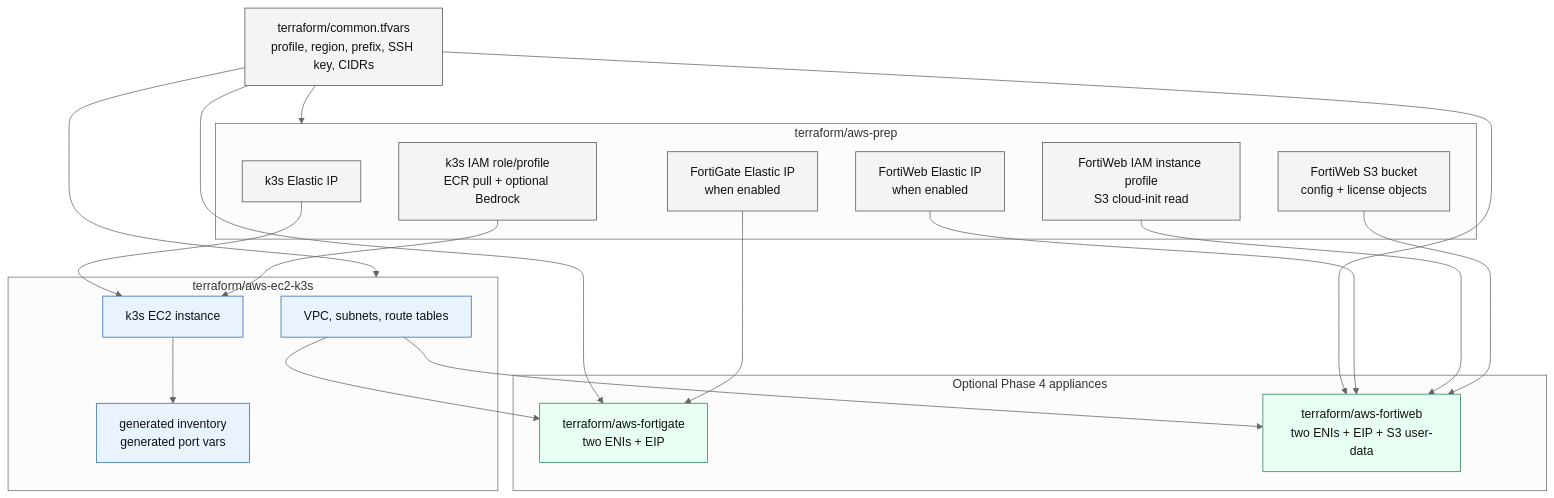
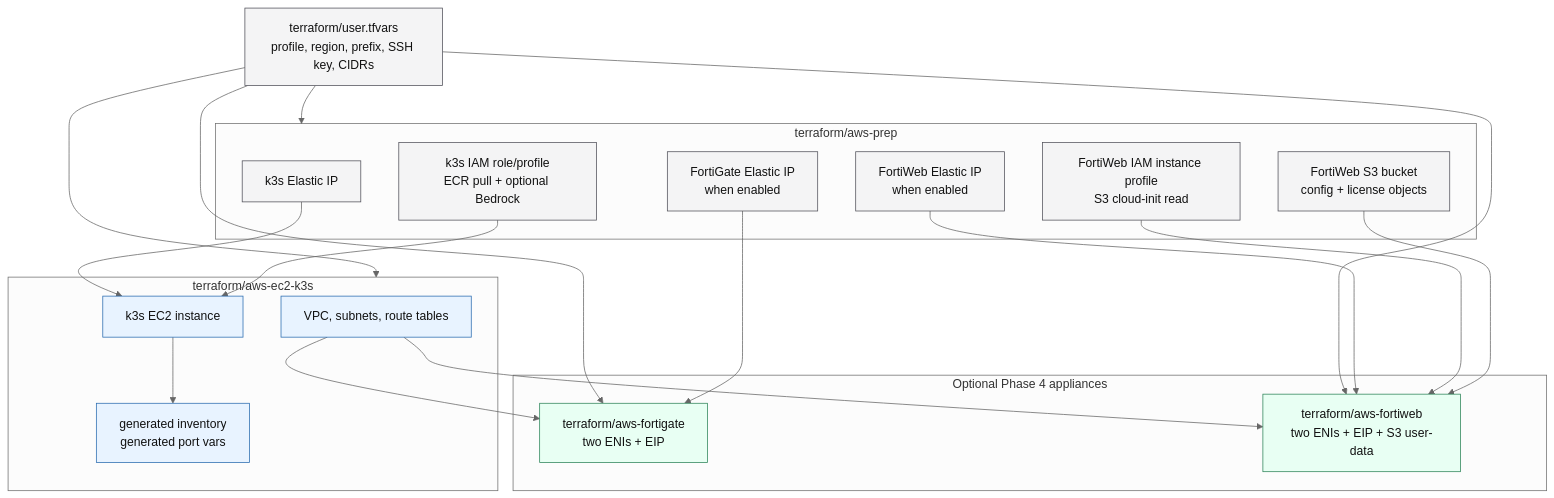
Before and after one commit to mabutterfield/fortiaigate_demo: the second of 2 diagrams in docs/vpc-layout.md, drawn with Mermaid (neutral theme). The commit also changed 47 other files, not shown here.

Commit message:
Split Terraform system and user variables

````diff
--- a/docs/vpc-layout.md
+++ b/docs/vpc-layout.md
@@ -104,47 +104,47 @@
 ```mermaid
 flowchart TB
-    Common["terraform/common.tfvars<br/>profile, region, prefix, SSH key, CIDRs"]
+    Common["terraform/user.tfvars<br/>profile, region, prefix, SSH key, CIDRs"]
 
     subgraph Prep["terraform/aws-prep"]
         K3SEIP["k3s Elastic IP"]
         FGEIP["FortiGate Elastic IP<br/>when enabled"]
         FWEIP["FortiWeb Elastic IP<br/>when enabled"]
         K3SIAM["k3s IAM role/profile<br/>ECR pull + optional Bedrock"]
         FWBIAM["FortiWeb IAM instance profile<br/>S3 cloud-init read"]
         FWBS3["FortiWeb S3 bucket<br/>config + license objects"]
     end
 
     subgraph Foundation["terraform/aws-ec2-k3s"]
         VPCModule["VPC, subnets, route tables"]
         K3SInstance["k3s EC2 instance"]
         GeneratedFiles["generated inventory<br/>generated port vars"]
     end
 
     subgraph Appliances["Optional Phase 4 appliances"]
         FGTModule["terraform/aws-fortigate<br/>two ENIs + EIP"]
         FWBModule["terraform/aws-fortiweb<br/>two ENIs + EIP + S3 user-data"]
     end
 
     Common --> Prep
     Common --> Foundation
     Common --> FGTModule
     Common --> FWBModule
 
     K3SEIP --> K3SInstance
     K3SIAM --> K3SInstance
     VPCModule --> FGTModule
     VPCModule --> FWBModule
     FGEIP --> FGTModule
     FWEIP --> FWBModule
     FWBIAM --> FWBModule
     FWBS3 --> FWBModule
     K3SInstance --> GeneratedFiles
 
     classDef prep fill:#f4f4f5,stroke:#52525b,color:#111;
     classDef current fill:#e8f3ff,stroke:#2b6cb0,color:#111;
     classDef appliance fill:#e8fff3,stroke:#2f855a,color:#111;
 
     class Common,K3SEIP,FGEIP,FWEIP,K3SIAM,FWBIAM,FWBS3 prep;
     class VPCModule,K3SInstance,GeneratedFiles current;
     class FGTModule,FWBModule appliance;
 ```
````
